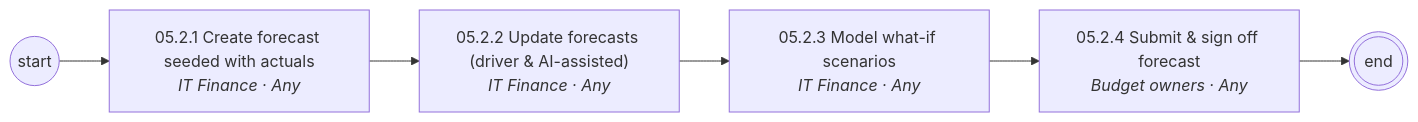
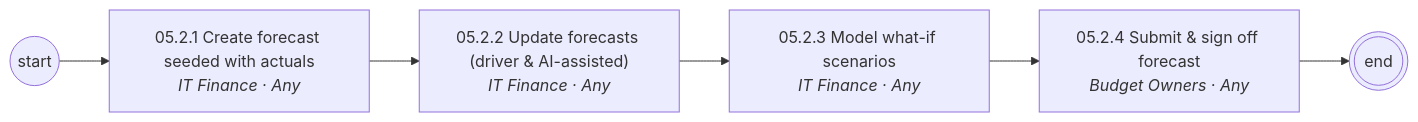
Before and after one commit to corbyjames/apptio-process-catalog: the third of 9 diagrams in diagrams/mermaid/area-05.md, drawn with Mermaid. The commit also changed other lines of this file and 251 other files, not shown here.

````diff
--- a/diagrams/mermaid/area-05.md
+++ b/diagrams/mermaid/area-05.md
@@ -47,13 +49,13 @@
 ```mermaid
 flowchart LR
   S((start))
   N05_2_1["05.2.1 Create forecast seeded with actuals<br/><i>IT Finance · Any</i>"]
   S --> N05_2_1
   N05_2_2["05.2.2 Update forecasts (driver & AI-assisted)<br/><i>IT Finance · Any</i>"]
   N05_2_1 --> N05_2_2
   N05_2_3["05.2.3 Model what-if scenarios<br/><i>IT Finance · Any</i>"]
   N05_2_2 --> N05_2_3
-  N05_2_4["05.2.4 Submit & sign off forecast<br/><i>Budget owners · Any</i>"]
+  N05_2_4["05.2.4 Submit & sign off forecast<br/><i>Budget Owners · Any</i>"]
   N05_2_3 --> N05_2_4
   N05_2_4 --> E(((end)))
 ```
````
